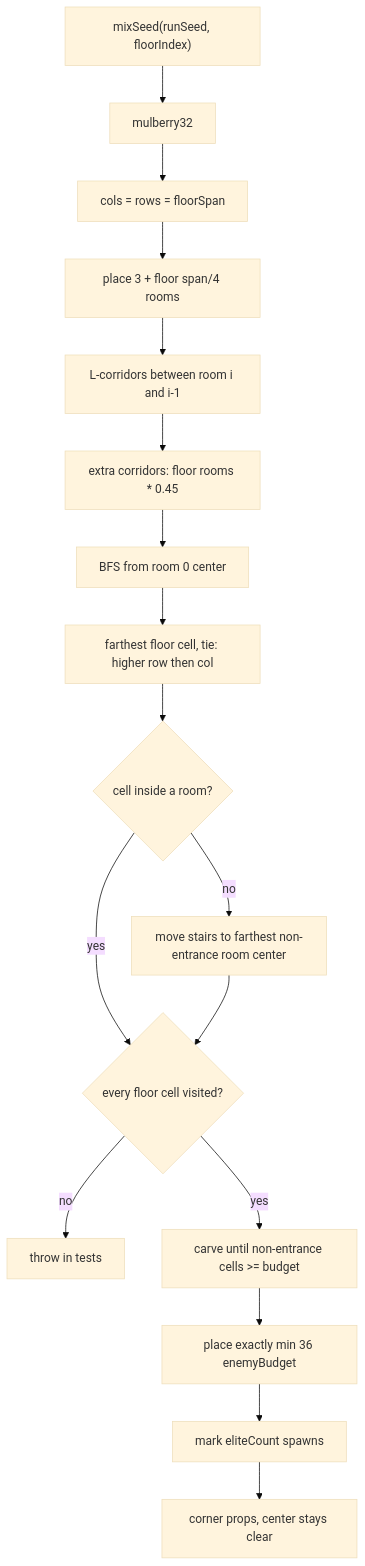
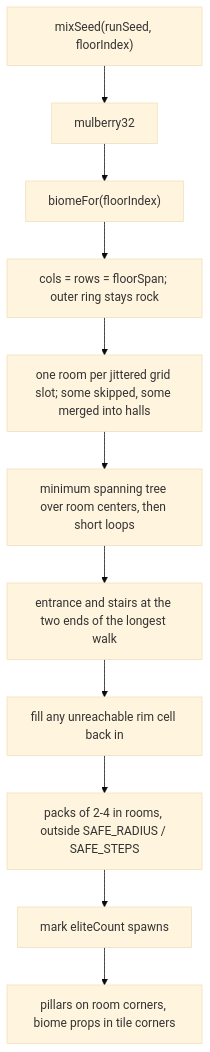
One commit to remcobrilstra/Greenmere changed the third of 4 diagrams in docs/greenmere-town-and-underwood.md. Above: the diagram before and after it, drawn with Mermaid (base theme). The commit also changed other lines of this file and 1 other file, not shown here.

````diff
--- a/docs/greenmere-town-and-underwood.md
+++ b/docs/greenmere-town-and-underwood.md
@@ -834,19 +839,13 @@
 ```mermaid
 flowchart TD
   seed["mixSeed(runSeed, floorIndex)"] --> rng["mulberry32"]
-  rng --> span["cols = rows = floorSpan"]
-  span --> rooms["place 3 + floor span/4 rooms"]
-  rooms --> link["L-corridors between room i and i-1"]
-  link --> loops["extra corridors: floor rooms * 0.45"]
-  loops --> bfs["BFS from room 0 center"]
-  bfs --> stairs["farthest floor cell, tie: higher row then col"]
-  stairs --> room{"cell inside a room?"}
-  room -->|no| move["move stairs to farthest non-entrance room center"]
-  room -->|yes| check
-  move --> check{"every floor cell visited?"}
-  check -->|no| fail["throw in tests"]
-  check -->|yes| carve["carve until non-entrance cells >= budget"]
-  carve --> spawn["place exactly min 36 enemyBudget"]
+  rng --> biome["biomeFor(floorIndex)"]
+  biome --> span["cols = rows = floorSpan; outer ring stays rock"]
+  span --> rooms["one room per jittered grid slot; some skipped, some merged into halls"]
+  rooms --> link["minimum spanning tree over room centers, then short loops"]
+  link --> ends["entrance and stairs at the two ends of the longest walk"]
+  ends --> clean["fill any unreachable rim cell back in"]
+  clean --> spawn["packs of 2-4 in rooms, outside SAFE_RADIUS / SAFE_STEPS"]
   spawn --> elites["mark eliteCount spawns"]
-  elites --> props["corner props, center stays clear"]
+  elites --> props["pillars on room corners, biome props in tile corners"]
 ```
````
